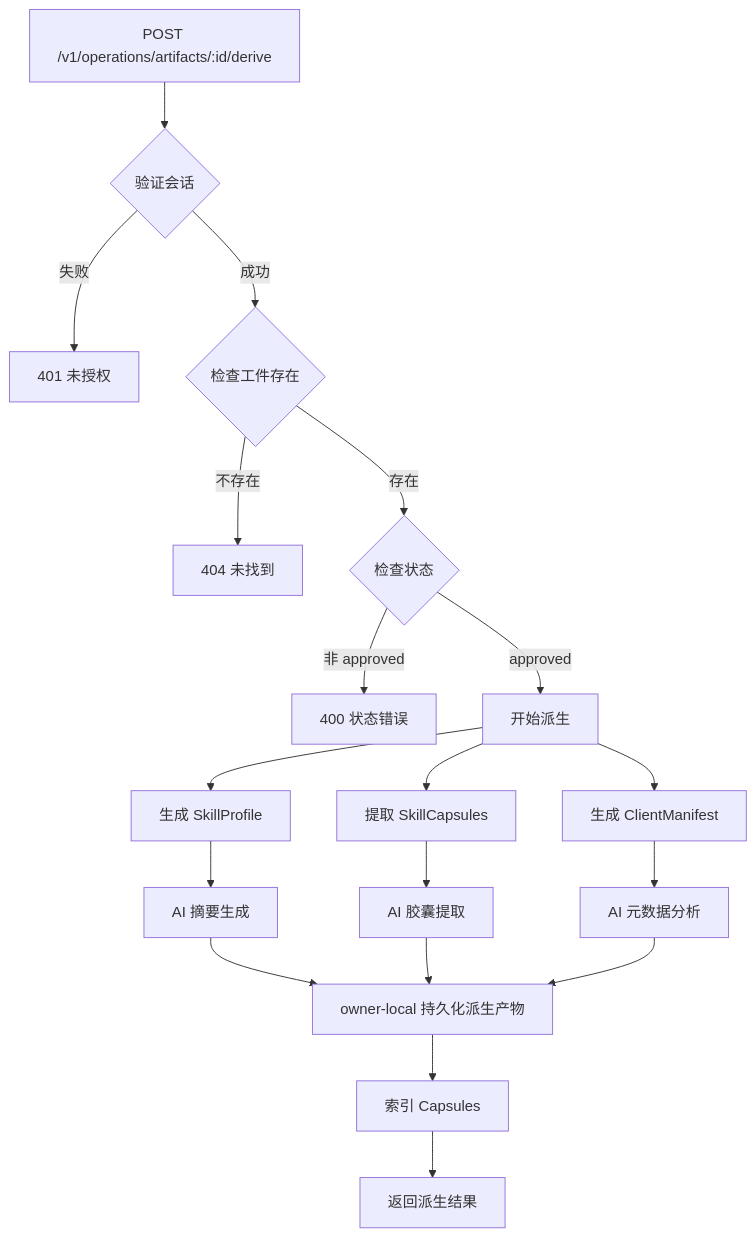
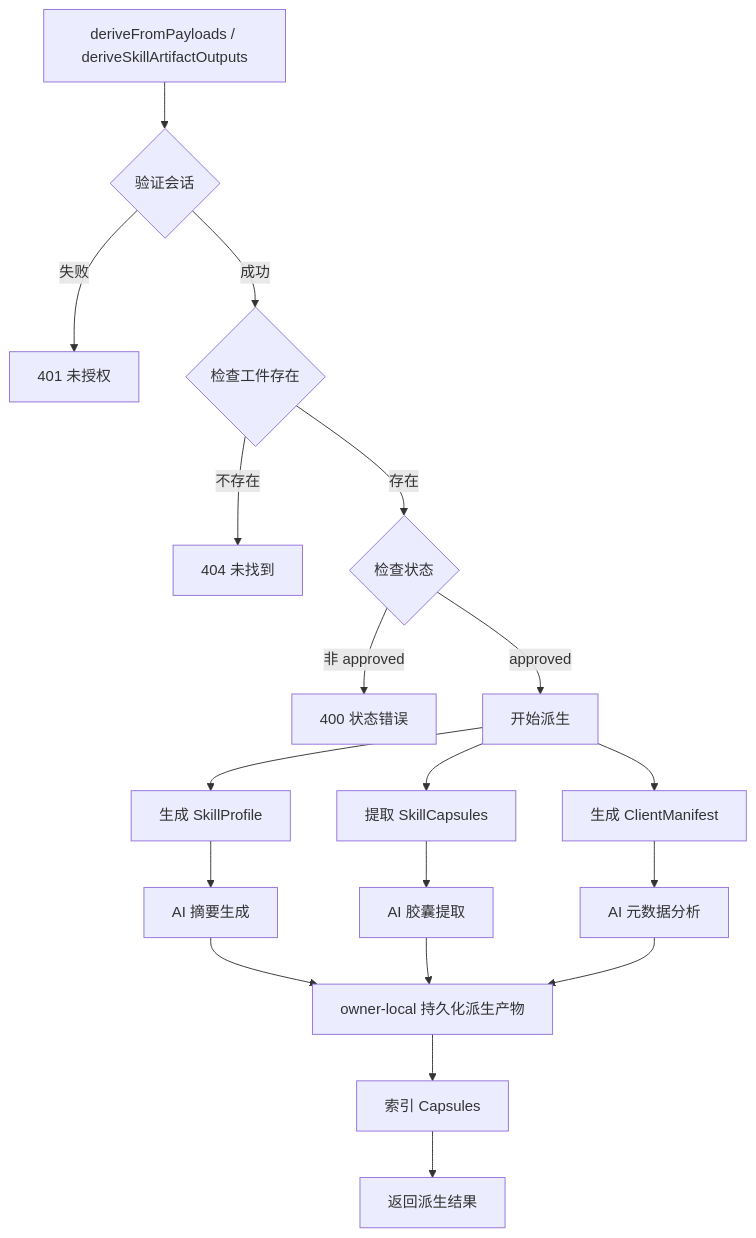
The fifth of 7 diagrams in docs/architecture/components/ARTIFACTS.md (pofossette/TrapMap-for-vibing), drawn with Mermaid before and after one commit. The commit also changed other lines of this file and 2 other files, not shown here.

````diff
--- a/docs/architecture/components/ARTIFACTS.md
+++ b/docs/architecture/components/ARTIFACTS.md
@@ -272,26 +272,26 @@
 ```mermaid
 flowchart TB
-    A[POST /v1/operations/artifacts/:id/derive] --> B{验证会话}
+    A[deriveFromPayloads / deriveSkillArtifactOutputs] --> B{验证会话}
     B -->|失败| C[401 未授权]
     B -->|成功| D{检查工件存在}
     D -->|不存在| E[404 未找到]
     D -->|存在| F{检查状态}
     
     F -->|非 approved| G[400 状态错误]
     F -->|approved| H[开始派生]
     
     H --> I[生成 SkillProfile]
     H --> J[提取 SkillCapsules]
     H --> K[生成 ClientManifest]
     
     I --> L[AI 摘要生成]
     J --> M[AI 胶囊提取]
     K --> N[AI 元数据分析]
     
     L --> O[owner-local 持久化派生产物]
     M --> O
     N --> O
     
     O --> P[索引 Capsules]
     P --> Q[返回派生结果]
 ```
````
